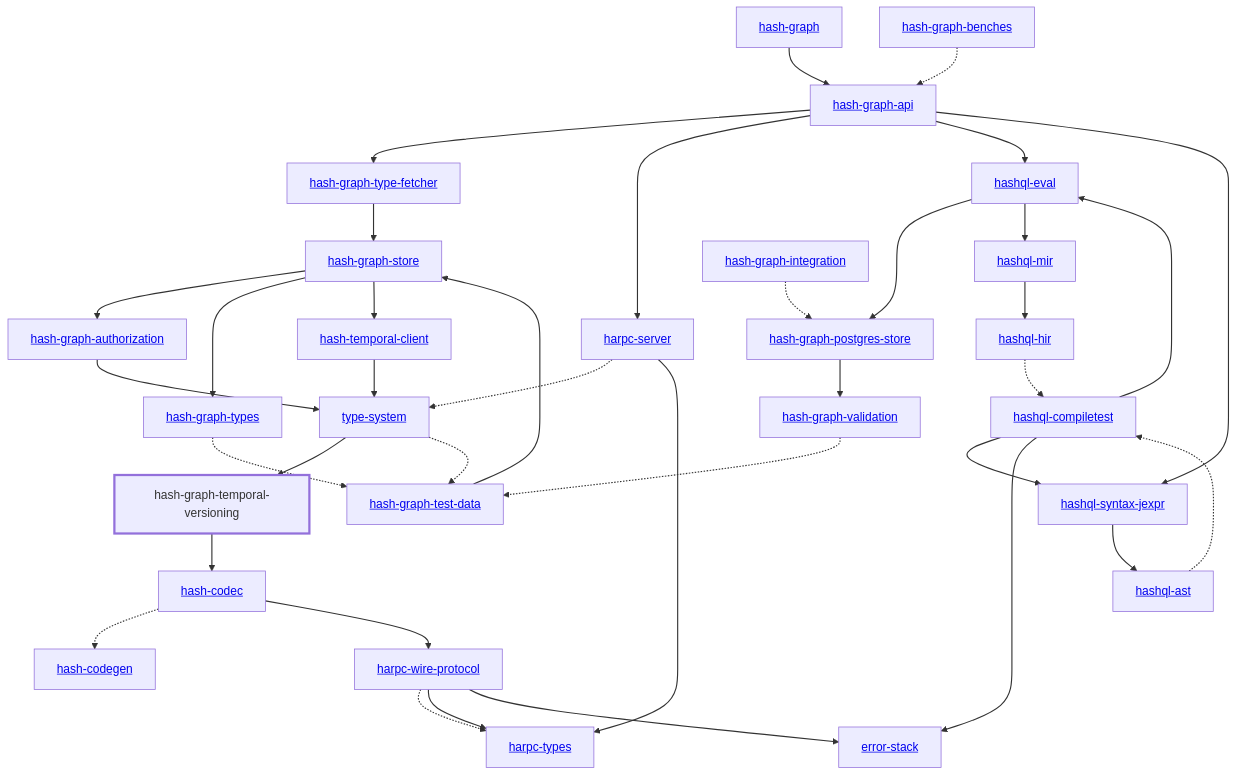
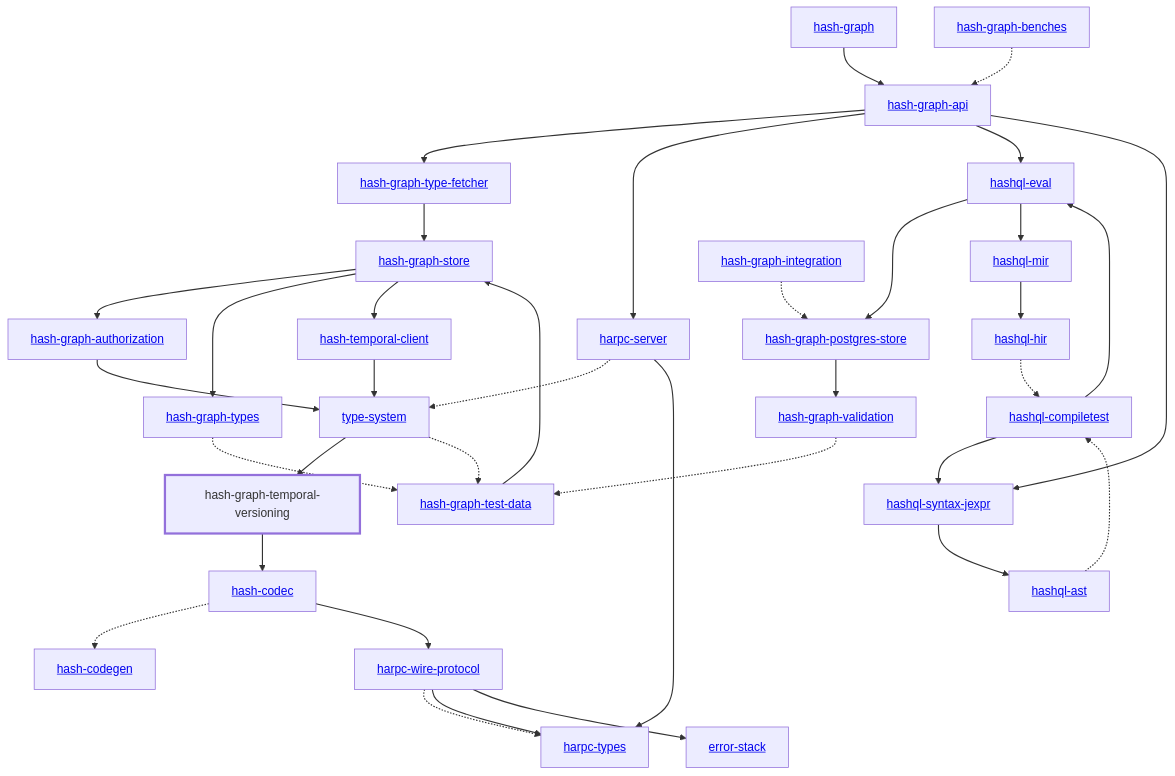
The diagram in libs/@local/graph/temporal-versioning/docs/dependency-diagram.mmd (hashintel/hash), drawn with Mermaid before and after one commit. The commit also changed 136 other files, not shown here.

```diff
--- a/libs/@local/graph/temporal-versioning/docs/dependency-diagram.mmd
+++ b/libs/@local/graph/temporal-versioning/docs/dependency-diagram.mmd
@@ -1,73 +1,72 @@
 graph TD
     linkStyle default stroke-width:1.5px
     classDef default stroke-width:1px
     classDef root stroke-width:3px
     classDef dev stroke-width:1px
     classDef build stroke-width:1px
     %% Legend
     %% --> : Normal dependency
     %% -.-> : Dev dependency
     %% ---> : Build dependency
     0[<a href="../hash_graph/index.html">hash-graph</a>]
     1[<a href="../type_system/index.html">type-system</a>]
     2[<a href="../hash_codec/index.html">hash-codec</a>]
     3[<a href="../hash_codegen/index.html">hash-codegen</a>]
     4[<a href="../hash_graph_api/index.html">hash-graph-api</a>]
     5[<a href="../hash_graph_authorization/index.html">hash-graph-authorization</a>]
     6[<a href="../hash_graph_postgres_store/index.html">hash-graph-postgres-store</a>]
     7[<a href="../hash_graph_store/index.html">hash-graph-store</a>]
     8[hash-graph-temporal-versioning]
     class 8 root
     9[<a href="../hash_graph_type_fetcher/index.html">hash-graph-type-fetcher</a>]
     10[<a href="../hash_graph_types/index.html">hash-graph-types</a>]
     11[<a href="../hash_graph_validation/index.html">hash-graph-validation</a>]
     12[<a href="../harpc_server/index.html">harpc-server</a>]
     13[<a href="../harpc_types/index.html">harpc-types</a>]
     14[<a href="../harpc_wire_protocol/index.html">harpc-wire-protocol</a>]
     15[<a href="../hashql_ast/index.html">hashql-ast</a>]
     16[<a href="../hashql_compiletest/index.html">hashql-compiletest</a>]
     17[<a href="../hashql_eval/index.html">hashql-eval</a>]
     18[<a href="../hashql_hir/index.html">hashql-hir</a>]
     19[<a href="../hashql_mir/index.html">hashql-mir</a>]
     20[<a href="../hashql_syntax_jexpr/index.html">hashql-syntax-jexpr</a>]
     21[<a href="../hash_temporal_client/index.html">hash-temporal-client</a>]
     22[<a href="../error_stack/index.html">error-stack</a>]
     23[<a href="../hash_graph_benches/index.html">hash-graph-benches</a>]
     24[<a href="../hash_graph_integration/index.html">hash-graph-integration</a>]
     25[<a href="../hash_graph_test_data/index.html">hash-graph-test-data</a>]
     0 --> 4
     1 --> 8
     1 -.-> 25
     2 -.-> 3
     2 --> 14
     4 --> 9
     4 --> 12
     4 --> 17
     4 --> 20
     5 --> 1
     6 --> 11
     7 --> 5
     7 --> 10
     7 --> 21
     8 --> 2
     9 --> 7
     10 -.-> 25
     11 -.-> 25
     12 -.-> 1
     12 --> 13
     14 -.-> 13
     14 --> 13
     14 --> 22
     15 -.-> 16
     16 --> 17
     16 --> 20
-    16 --> 22
     17 --> 6
     17 --> 19
     18 -.-> 16
     19 --> 18
     20 --> 15
     21 --> 1
     23 -.-> 4
     24 -.-> 6
     25 --> 7
```
